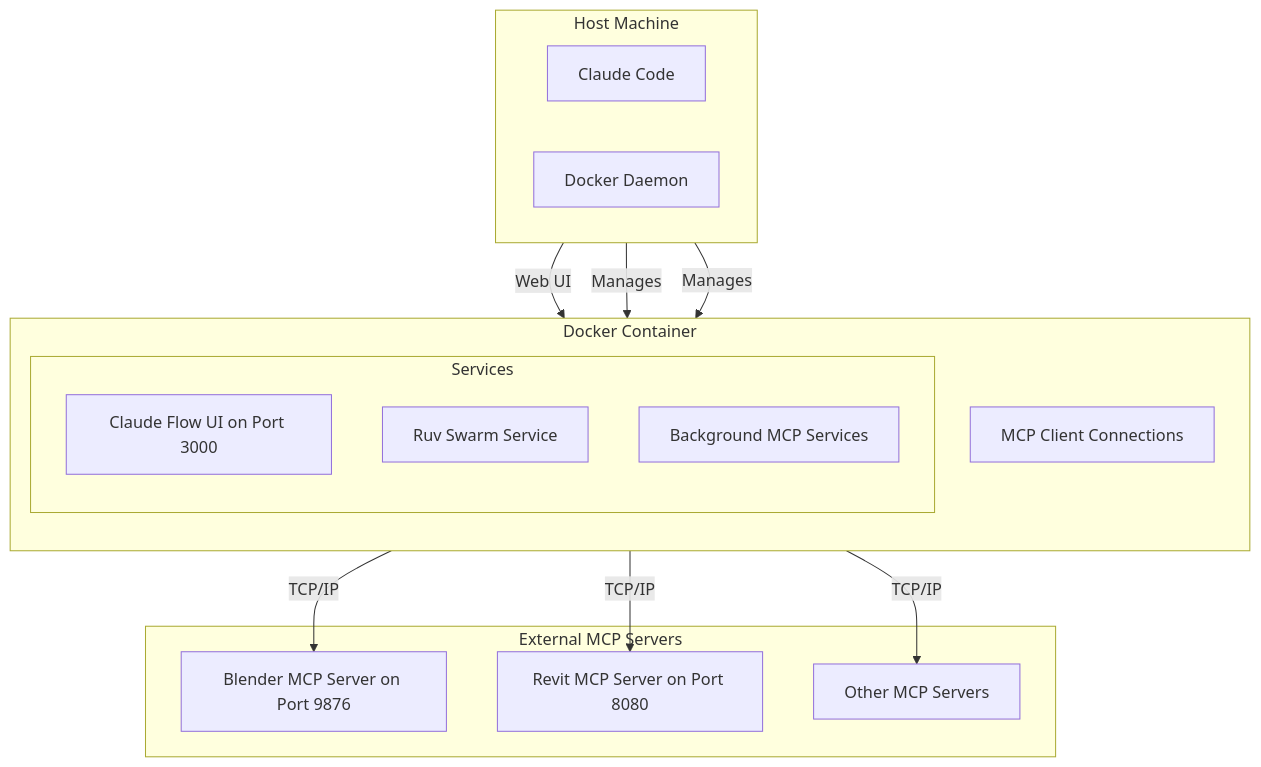
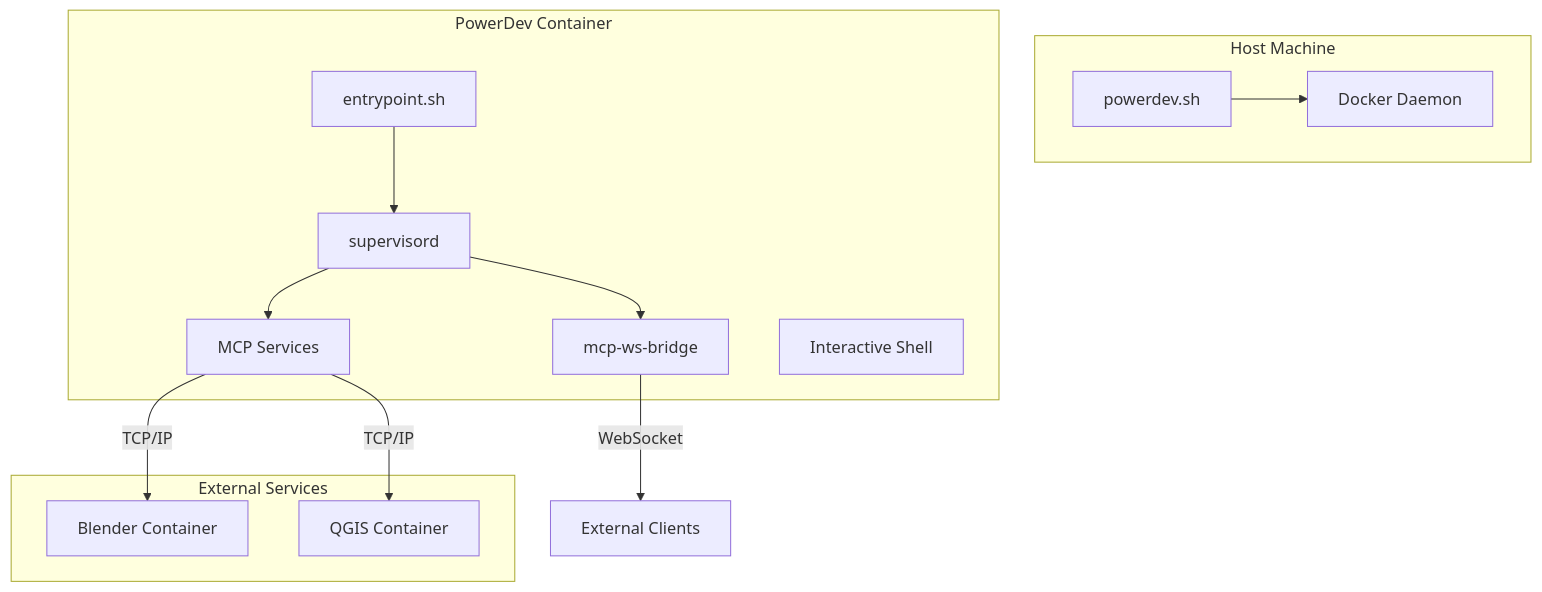
Before and after one commit to DreamLab-AI/multi-agent-docker: the diagram in README.md, drawn with Mermaid. The commit also changed other lines of this file and 7 other files, not shown here.

````diff
--- a/README.md
+++ b/README.md
@@ -36,31 +89,22 @@
 ```mermaid
 graph TD
     subgraph "Host Machine"
-        direction LR
-        A[Claude Code]
-        B[Docker Daemon]
+        A[powerdev.sh] --> B[Docker Daemon]
     end
 
-    subgraph "Docker Container"
-        direction TB
-        subgraph "Services"
-            C[Claude Flow UI on Port 3000]
-            D[Ruv Swarm Service]
-            E[Background MCP Services]
-        end
-        F[MCP Client Connections]
+    subgraph "PowerDev Container"
+        C[entrypoint.sh] --> D[supervisord]
+        D --> E[MCP Services]
+        D --> F[mcp-ws-bridge]
+        G[Interactive Shell]
     end
 
-    subgraph "External MCP Servers"
-        G[Blender MCP Server on Port 9876]
-        H[Revit MCP Server on Port 8080]
-        I[Other MCP Servers]
+    subgraph "External Services"
+        H[Blender Container]
+        I[QGIS Container]
     end
 
-    A -- "Web UI" --> C
-    B -- "Manages" --> C
-    B -- "Manages" --> D
-    F -- "TCP/IP" --> G
-    F -- "TCP/IP" --> H
-    F -- "TCP/IP" --> I
+    F -- WebSocket --> J[External Clients]
+    E -- TCP/IP --> H
+    E -- TCP/IP --> I
 ```
````
